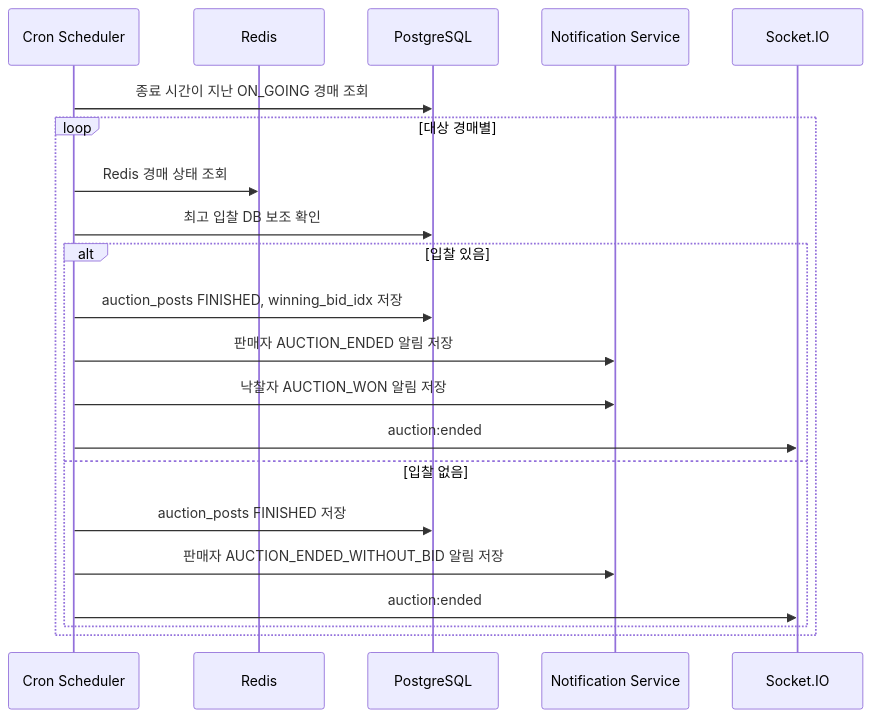
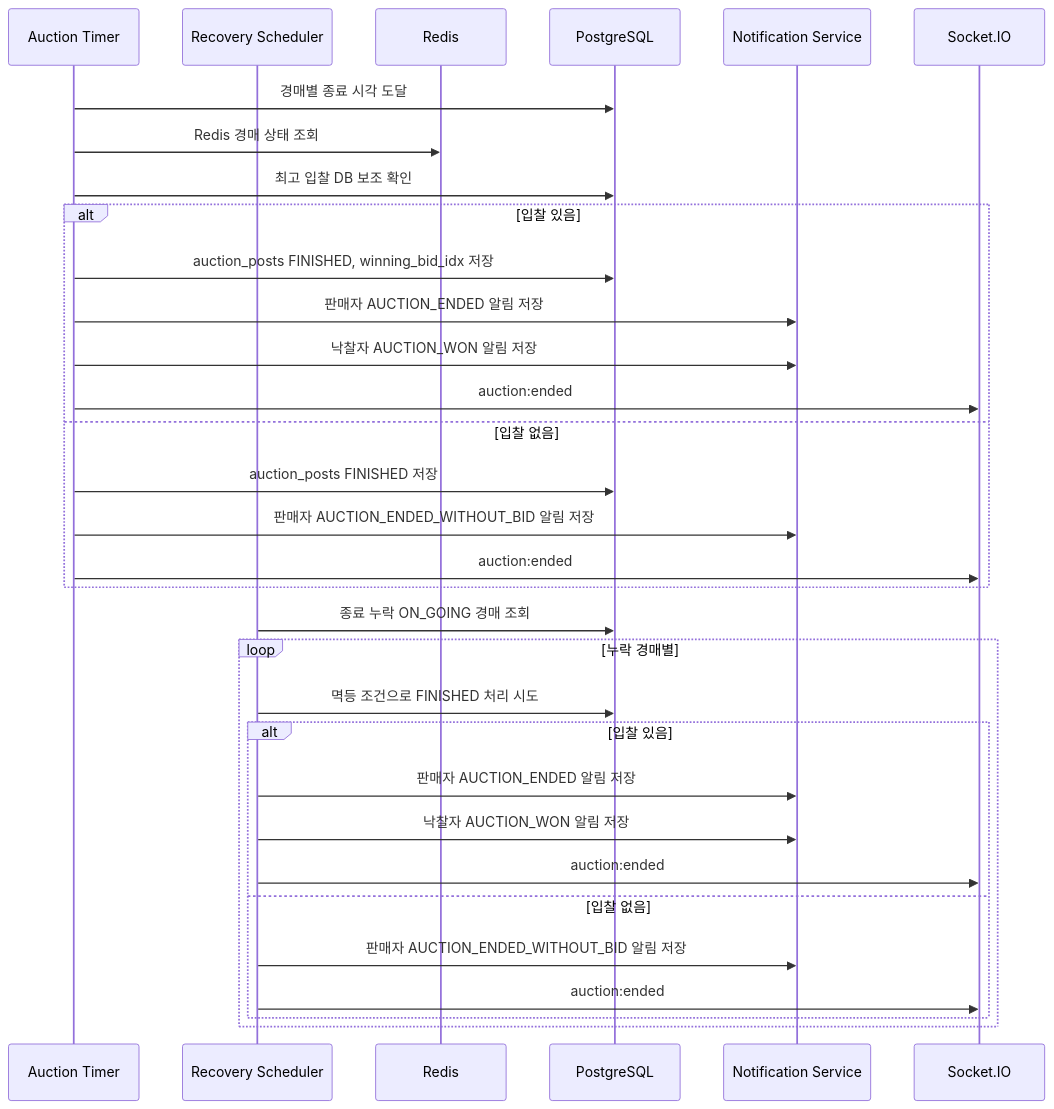
Before and after one commit to hurwan0629/potato-land: the diagram in docs/Potato-Land-Docs/04. 다이어그램/D-02 경매 종료 스케줄러 시퀀스.md, drawn with Mermaid. The commit also changed other lines of this file and 27 other files, not shown here.

Commit message:
docs: update docs and synchronize with front flow

````diff
--- a/docs/Potato-Land-Docs/04. 다이어그램/D-02 경매 종료 스케줄러 시퀀스.md
+++ b/docs/Potato-Land-Docs/04. 다이어그램/D-02 경매 종료 스케줄러 시퀀스.md
@@ -3,24 +3,36 @@
 ```mermaid
 sequenceDiagram
-    participant C as Cron Scheduler
+    participant T as Auction Timer
+    participant C as Recovery Scheduler
     participant R as Redis
     participant D as PostgreSQL
     participant N as Notification Service
     participant IO as Socket.IO
 
-    C->>D: 종료 시간이 지난 ON_GOING 경매 조회
-    loop 대상 경매별
-        C->>R: Redis 경매 상태 조회
-        C->>D: 최고 입찰 DB 보조 확인
+    T->>D: 경매별 종료 시각 도달
+    T->>R: Redis 경매 상태 조회
+    T->>D: 최고 입찰 DB 보조 확인
+    alt 입찰 있음
+        T->>D: auction_posts FINISHED, winning_bid_idx 저장
+        T->>N: 판매자 AUCTION_ENDED 알림 저장
+        T->>N: 낙찰자 AUCTION_WON 알림 저장
+        T->>IO: auction:ended
+    else 입찰 없음
+        T->>D: auction_posts FINISHED 저장
+        T->>N: 판매자 AUCTION_ENDED_WITHOUT_BID 알림 저장
+        T->>IO: auction:ended
+    end
+
+    C->>D: 종료 누락 ON_GOING 경매 조회
+    loop 누락 경매별
+        C->>D: 멱등 조건으로 FINISHED 처리 시도
         alt 입찰 있음
-            C->>D: auction_posts FINISHED, winning_bid_idx 저장
             C->>N: 판매자 AUCTION_ENDED 알림 저장
             C->>N: 낙찰자 AUCTION_WON 알림 저장
             C->>IO: auction:ended
         else 입찰 없음
-            C->>D: auction_posts FINISHED 저장
             C->>N: 판매자 AUCTION_ENDED_WITHOUT_BID 알림 저장
             C->>IO: auction:ended
         end
     end
 ```
````
